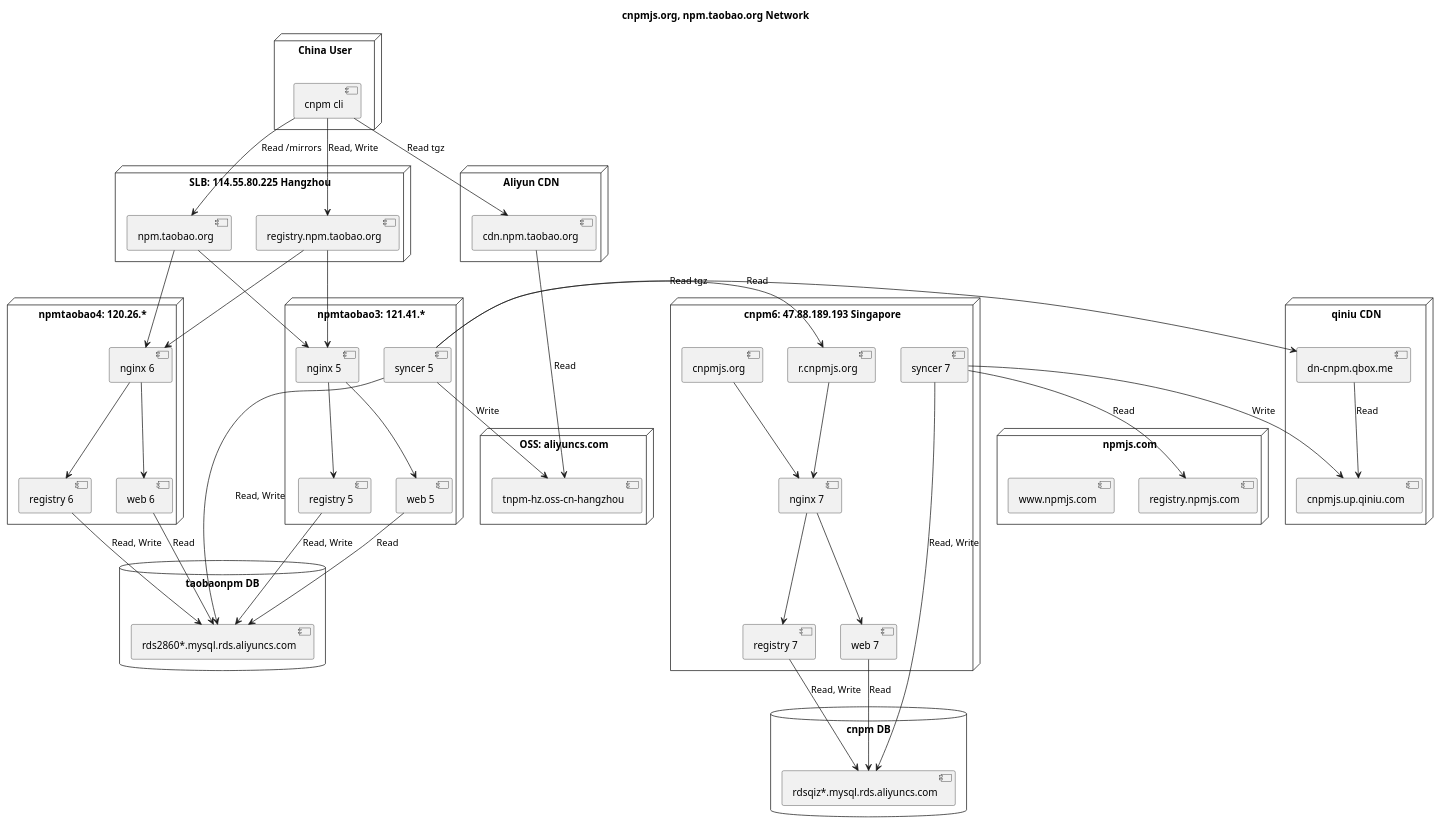
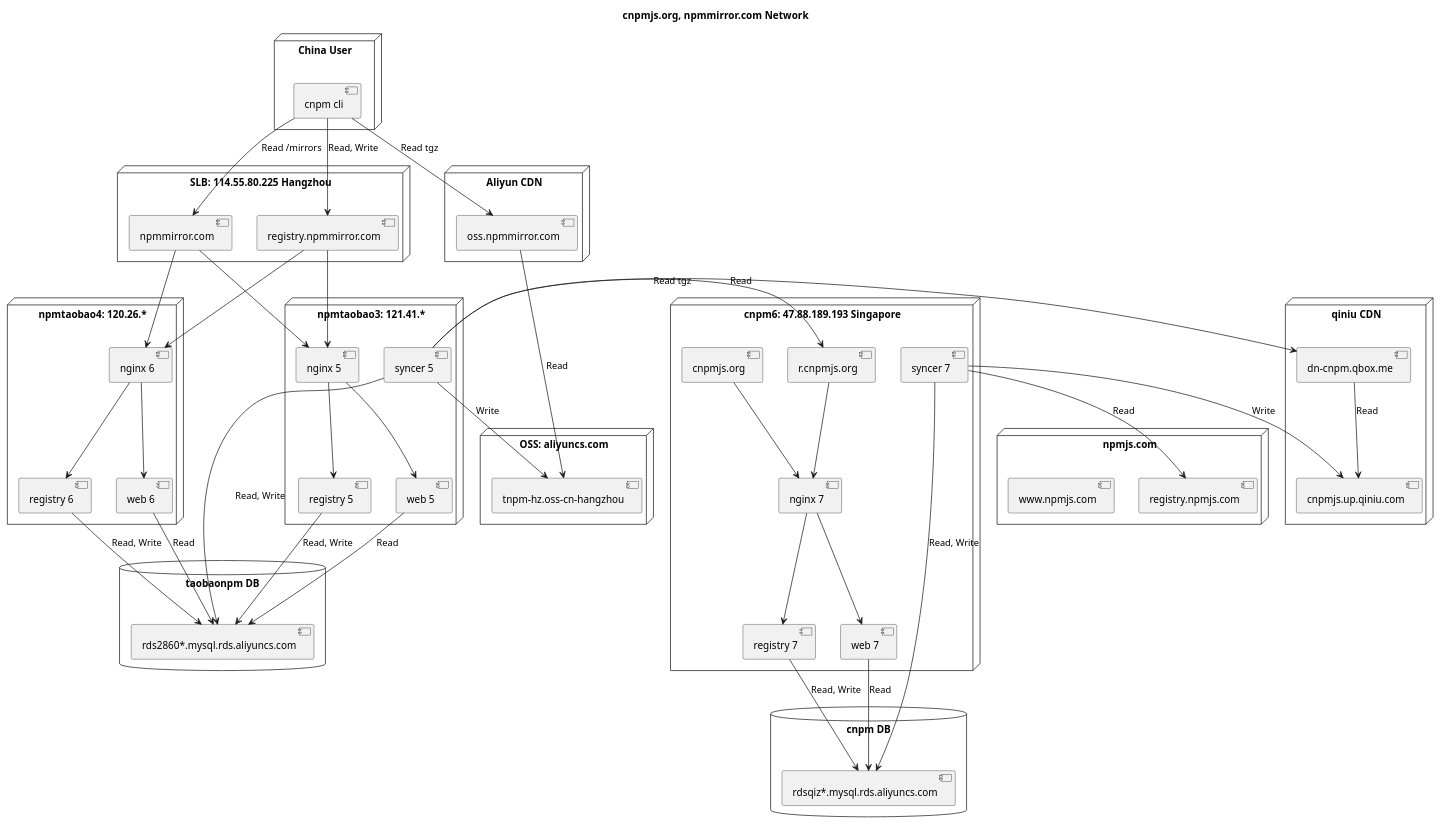
One commit to cnpm/cnpmjs.org changed the diagram in docs/network.puml. Above: the diagram before and after it, drawn with PlantUML. The commit also changed 11 other files, not shown here.

```diff
--- a/docs/network.puml
+++ b/docs/network.puml
@@ -1,98 +1,98 @@
 @startuml
 
-title cnpmjs.org, npm.taobao.org Network
+title cnpmjs.org, npmmirror.com Network
 
 node "China User" {
   [cnpm cli]
 }
 
 node "OSS: aliyuncs.com" {
   [tnpm-hz.oss-cn-hangzhou]
 }
 
 node "SLB: 114.55.80.225 Hangzhou" {
-  [npm.taobao.org]
-  [registry.npm.taobao.org]
+  [npmmirror.com]
+  [registry.npmmirror.com]
 }
 
 node "npmtaobao3: 121.41.*" {
   [nginx 5]
   [registry 5]
   [web 5]
   [syncer 5]
 }
 
 node "npmtaobao4: 120.26.*" {
   [nginx 6]
   [registry 6]
   [web 6]
 }
 
 node "cnpm6: 47.88.189.193 Singapore" {
   [cnpmjs.org]
   [r.cnpmjs.org]
   [nginx 7]
   [registry 7]
   [web 7]
   [syncer 7]
 }
 
 node "Aliyun CDN" {
-  [cdn.npm.taobao.org]
+  [oss.npmmirror.com]
 }
 
 node "qiniu CDN" {
   [cnpmjs.up.qiniu.com]
   [dn-cnpm.qbox.me]
 }
 
 database "taobaonpm DB" {
   [rds2860*.mysql.rds.aliyuncs.com]
 }
 
 database "cnpm DB" {
   [rdsqiz*.mysql.rds.aliyuncs.com]
 }
 
 node "npmjs.com" {
   [registry.npmjs.com]
   [www.npmjs.com]
 }
 
-[cnpm cli] -down-> [registry.npm.taobao.org]: Read, Write
-[cnpm cli] -down-> [cdn.npm.taobao.org]: Read tgz
-[cnpm cli] -down-> [npm.taobao.org]: "Read /mirrors"
+[cnpm cli] -down-> [registry.npmmirror.com]: Read, Write
+[cnpm cli] -down-> [oss.npmmirror.com]: Read tgz
+[cnpm cli] -down-> [npmmirror.com]: "Read /mirrors"
 
-[registry.npm.taobao.org] -down-> [nginx 5]
+[registry.npmmirror.com] -down-> [nginx 5]
 [nginx 5] -down-> [registry 5]
-[npm.taobao.org] -down-> [nginx 5]
+[npmmirror.com] -down-> [nginx 5]
 [nginx 5] -down-> [web 5]
-[registry.npm.taobao.org] -down-> [nginx 6]
+[registry.npmmirror.com] -down-> [nginx 6]
 [nginx 6] -down-> [registry 6]
-[npm.taobao.org] -down-> [nginx 6]
+[npmmirror.com] -down-> [nginx 6]
 [nginx 6] -down-> [web 6]
 
 [registry 5] -down-> [rds2860*.mysql.rds.aliyuncs.com]: Read, Write
 [web 5] -down-> [rds2860*.mysql.rds.aliyuncs.com]: Read
 [syncer 5] -down-> [rds2860*.mysql.rds.aliyuncs.com]: Read, Write
 [syncer 5] -down-> [tnpm-hz.oss-cn-hangzhou]: Write
 [syncer 5] -> [r.cnpmjs.org]: Read
 [syncer 5] -> [dn-cnpm.qbox.me]: Read tgz
 [registry 6] -down-> [rds2860*.mysql.rds.aliyuncs.com]: Read, Write
 [web 6] -down-> [rds2860*.mysql.rds.aliyuncs.com]: Read
 
 [cnpmjs.org] -down-> [nginx 7]
 [nginx 7] -down-> [registry 7]
 [r.cnpmjs.org] -down-> [nginx 7]
 [nginx 7] -down-> [web 7]
 
 [registry 7] -down-> [rdsqiz*.mysql.rds.aliyuncs.com]: Read, Write
 [web 7] -down-> [rdsqiz*.mysql.rds.aliyuncs.com]: Read
 [syncer 7] -down-> [rdsqiz*.mysql.rds.aliyuncs.com]: Read, Write
 [syncer 7] -down-> [cnpmjs.up.qiniu.com]: Write
 [syncer 7] -down-> [registry.npmjs.com]: Read
 
-[cdn.npm.taobao.org] -down-> [tnpm-hz.oss-cn-hangzhou]: Read
+[oss.npmmirror.com] -down-> [tnpm-hz.oss-cn-hangzhou]: Read
 [dn-cnpm.qbox.me] -down-> [cnpmjs.up.qiniu.com]: Read
 
 @enduml
```
